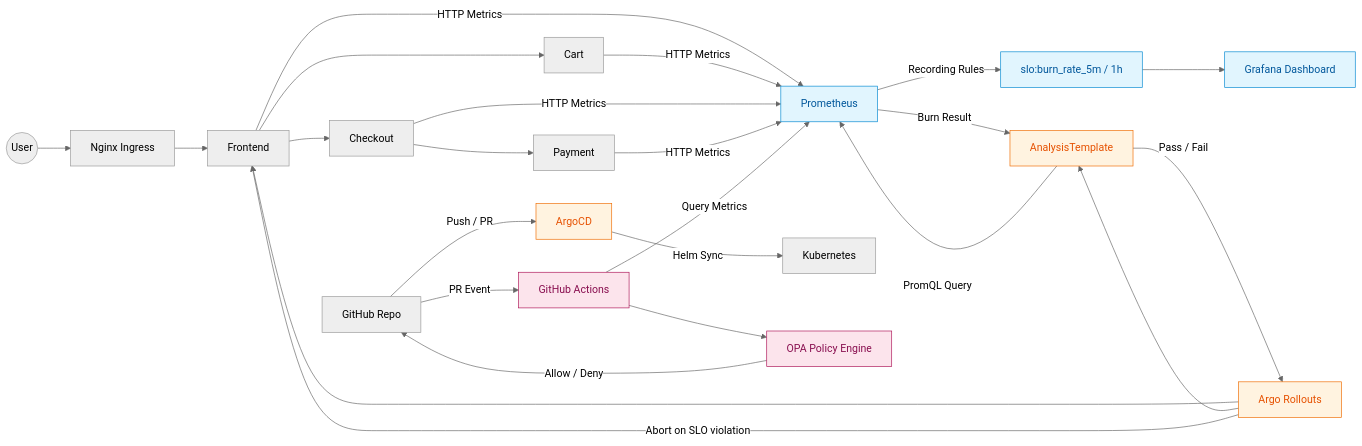
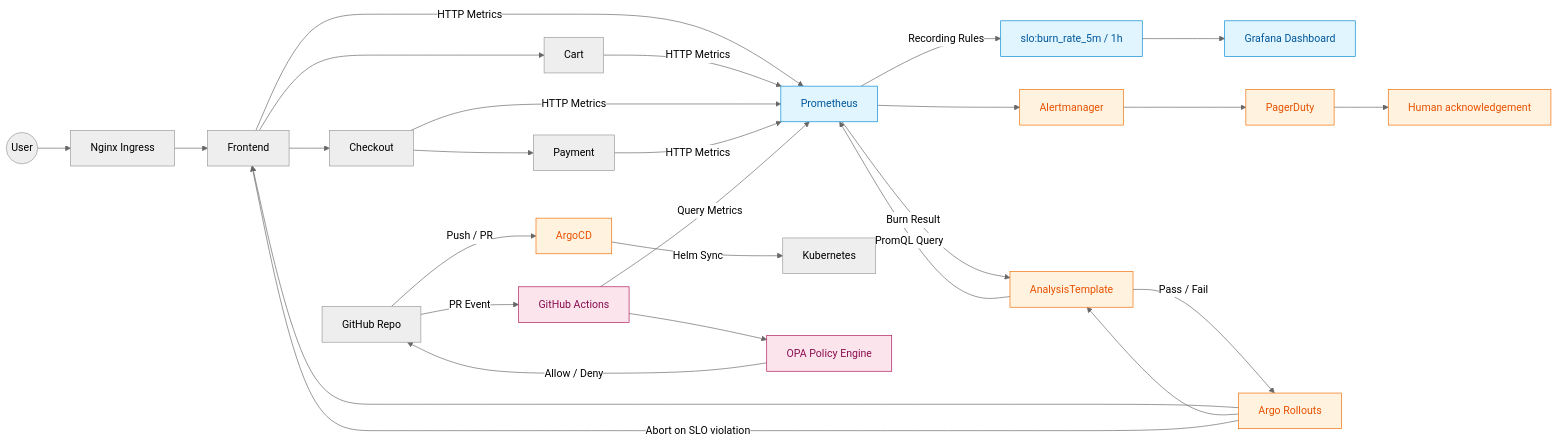
One commit to DimitryZH/sre-platform changed the first of 7 diagrams in docs/architecture.md. Above: the diagram before and after it, drawn with Mermaid (neutral theme). The commit also changed other lines of this file and 9 other files, not shown here.

````diff
--- a/docs/architecture.md
+++ b/docs/architecture.md
@@ -11,68 +15,71 @@
 ```mermaid
 flowchart LR
 
 %% =========================
 %% USERS & TRAFFIC
 %% =========================
 
 User((User))
 User --> Ingress[Nginx Ingress]
 
 Ingress --> Frontend
 Frontend --> Cart
 Frontend --> Checkout
 Checkout --> Payment
 
 %% =========================
 %% METRICS FLOW
 %% =========================
 
 Frontend -->|HTTP Metrics| Prometheus
 Cart -->|HTTP Metrics| Prometheus
 Checkout -->|HTTP Metrics| Prometheus
 Payment -->|HTTP Metrics| Prometheus
 
 Prometheus -->|Recording Rules| BurnRate[slo:burn_rate_5m / 1h]
 BurnRate --> Grafana[Grafana Dashboard]
+Prometheus --> Alertmanager
+Alertmanager --> PagerDuty[PagerDuty]
+PagerDuty --> Human[Human acknowledgement]
 
 %% =========================
 %% CANARY CONTROL
 %% =========================
 
 ArgoRollouts[Argo Rollouts] --> Frontend
 ArgoRollouts --> AnalysisTemplate
 AnalysisTemplate -->|PromQL Query| Prometheus
 
 Prometheus -->|Burn Result| AnalysisTemplate
 AnalysisTemplate -->|Pass / Fail| ArgoRollouts
 
 ArgoRollouts -->|Abort on SLO violation| Frontend
 
 %% =========================
 %% GITOPS FLOW
 %% =========================
 
 GitHub[GitHub Repo] -->|Push / PR| ArgoCD
 ArgoCD -->|Helm Sync| Kubernetes
 
 %% =========================
 %% POLICY GATE
 %% =========================
 
 GitHub -->|PR Event| GitHubActions[GitHub Actions]
 GitHubActions -->|Query Metrics| Prometheus
 GitHubActions --> OPA[OPA Policy Engine]
 OPA -->|Allow / Deny| GitHub
 
 %% =========================
 %% STYLING
 %% =========================
 
 classDef data fill:#e1f5fe,stroke:#0288d1,color:#01579b
 classDef control fill:#fff3e0,stroke:#ef6c00,color:#e65100
 classDef governance fill:#fce4ec,stroke:#ad1457,color:#880e4f
 
 class Prometheus,Grafana,BurnRate data
-class ArgoRollouts,AnalysisTemplate,ArgoCD control
+class ArgoRollouts,AnalysisTemplate,ArgoCD,Alertmanager,PagerDuty,Human control
 class OPA,GitHubActions governance
 ```
````
